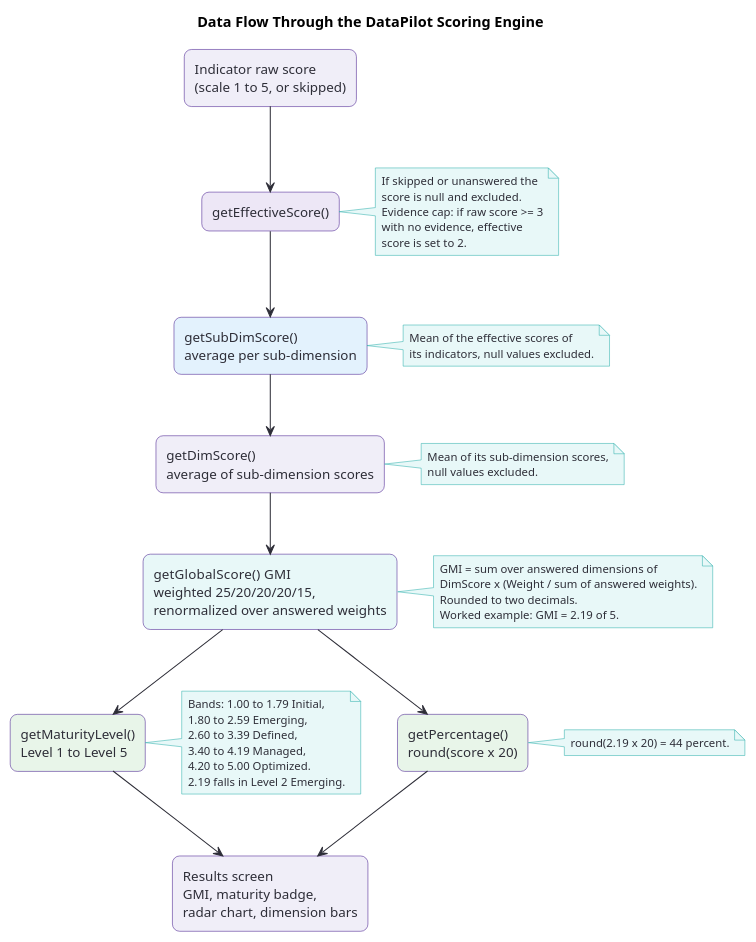
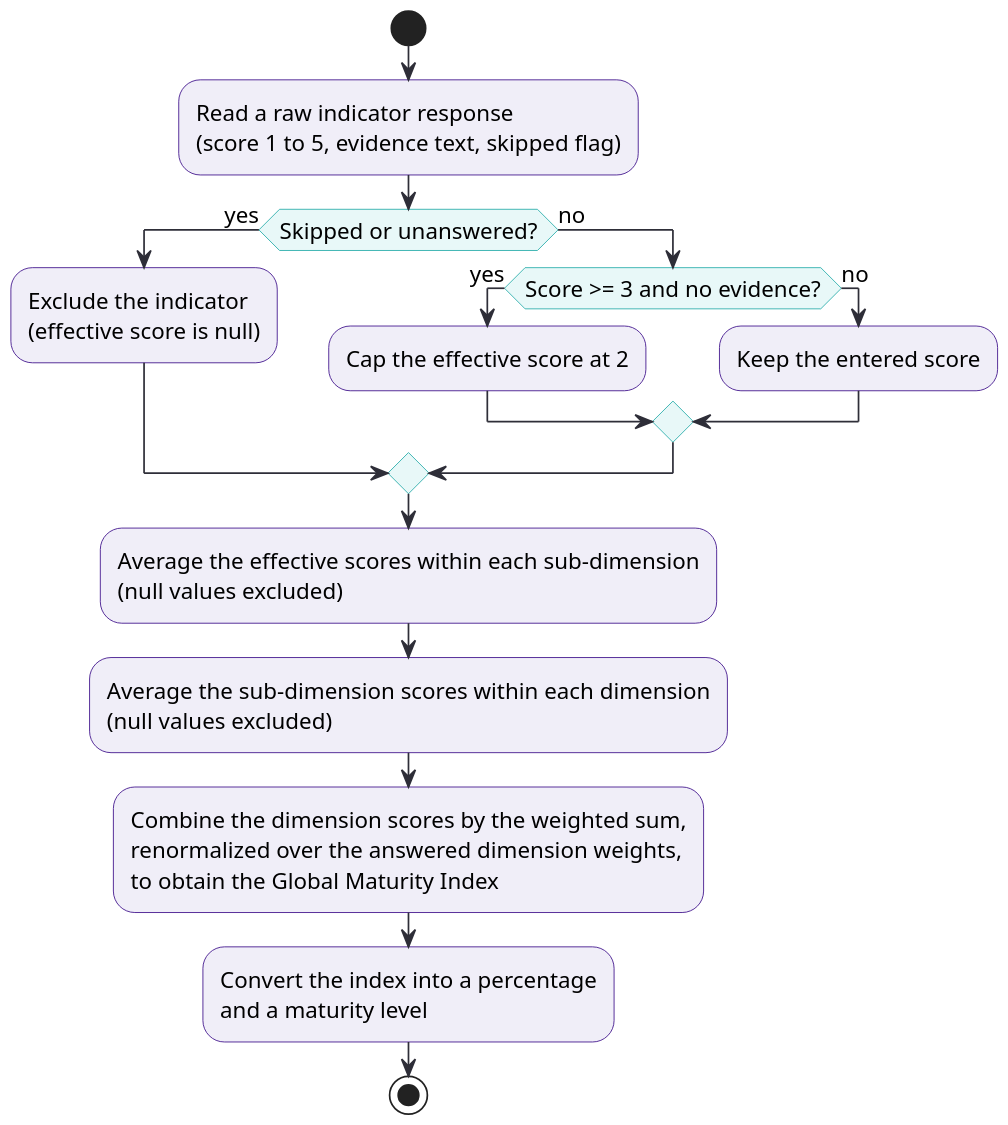
The diagram in pfe_report/diagrams/data-flow.puml (ZizouX0/datapilot_EY), drawn with PlantUML before and after one commit. The commit also changed 7 other files, not shown here.

First line of the commit message:
Rework UML diagrams per supervisor's remarks

```diff
--- a/pfe_report/diagrams/data-flow.puml
+++ b/pfe_report/diagrams/data-flow.puml
@@ -1,84 +1,35 @@
 @startuml data-flow
-' Data flow through the DataPilot scoring engine, from indicator
-' responses to the Global Maturity Index. Grounded in useAppStore.js.
-' No em-dashes or en-dashes anywhere.
-
 skinparam backgroundColor white
 skinparam defaultFontSize 13
-skinparam shadowing false
-skinparam ArrowColor #2E2E38
-skinparam ArrowFontSize 11
-skinparam ArrowFontColor #2E2E38
+skinparam dpi 160
+skinparam activityBackgroundColor #F0EEF8
+skinparam activityBorderColor #3D108A
+skinparam activityDiamondBackgroundColor #E8F8F8
+skinparam activityDiamondBorderColor #27ACAA
+skinparam activityArrowColor #2E2E38
+skinparam activityFontSize 13
 
-skinparam rectangle {
-  BorderColor #3D108A
-  BackgroundColor #F0EEF8
-  FontColor #2E2E38
-  FontSize 13
-  roundCorner 14
-}
-skinparam note {
-  BorderColor #27ACAA
-  BackgroundColor #E8F8F8
-  FontColor #2E2E38
-  FontSize 11
-}
-
-title Data Flow Through the DataPilot Scoring Engine
-
-rectangle "Indicator raw score\n(scale 1 to 5, or skipped)" as RAW #F0EEF8
-rectangle "getEffectiveScore()" as EFF #EDE7F6
-rectangle "getSubDimScore()\naverage per sub-dimension" as SUB #E3F2FD
-rectangle "getDimScore()\naverage of sub-dimension scores" as DIM #F0EEF8
-rectangle "getGlobalScore()  GMI\nweighted 25/20/20/20/15,\nrenormalized over answered weights" as GMI #E8F8F8
-rectangle "getPercentage()\nround(score x 20)" as PCT #E8F5E9
-rectangle "getMaturityLevel()\nLevel 1 to Level 5" as LVL #E8F5E9
-rectangle "Results screen\nGMI, maturity badge,\nradar chart, dimension bars" as RES #F0EEF8
-
-RAW --> EFF
-note right of EFF
-  If skipped or unanswered the
-  score is null and excluded.
-  Evidence cap: if raw score >= 3
-  with no evidence, effective
-  score is set to 2.
-end note
-
-EFF --> SUB
-note right of SUB
-  Mean of the effective scores of
-  its indicators, null values excluded.
-end note
-
-SUB --> DIM
-note right of DIM
-  Mean of its sub-dimension scores,
-  null values excluded.
-end note
-
-DIM --> GMI
-note right of GMI
-  GMI = sum over answered dimensions of
-  DimScore x (Weight / sum of answered weights).
-  Rounded to two decimals.
-  Worked example: GMI = 2.19 of 5.
-end note
-
-GMI --> PCT
-GMI --> LVL
-note right of LVL
-  Bands: 1.00 to 1.79 Initial,
-  1.80 to 2.59 Emerging,
-  2.60 to 3.39 Defined,
-  3.40 to 4.19 Managed,
-  4.20 to 5.00 Optimized.
-  2.19 falls in Level 2 Emerging.
-end note
-note right of PCT
-  round(2.19 x 20) = 44 percent.
-end note
-
-PCT --> RES
-LVL --> RES
-
+start
+:Read a raw indicator response
+(score 1 to 5, evidence text, skipped flag);
+if (Skipped or unanswered?) then (yes)
+  :Exclude the indicator
+  (effective score is null);
+else (no)
+  if (Score >= 3 and no evidence?) then (yes)
+    :Cap the effective score at 2;
+  else (no)
+    :Keep the entered score;
+  endif
+endif
+:Average the effective scores within each sub-dimension
+(null values excluded);
+:Average the sub-dimension scores within each dimension
+(null values excluded);
+:Combine the dimension scores by the weighted sum,
+renormalized over the answered dimension weights,
+to obtain the Global Maturity Index;
+:Convert the index into a percentage
+and a maturity level;
+stop
 @enduml
```
